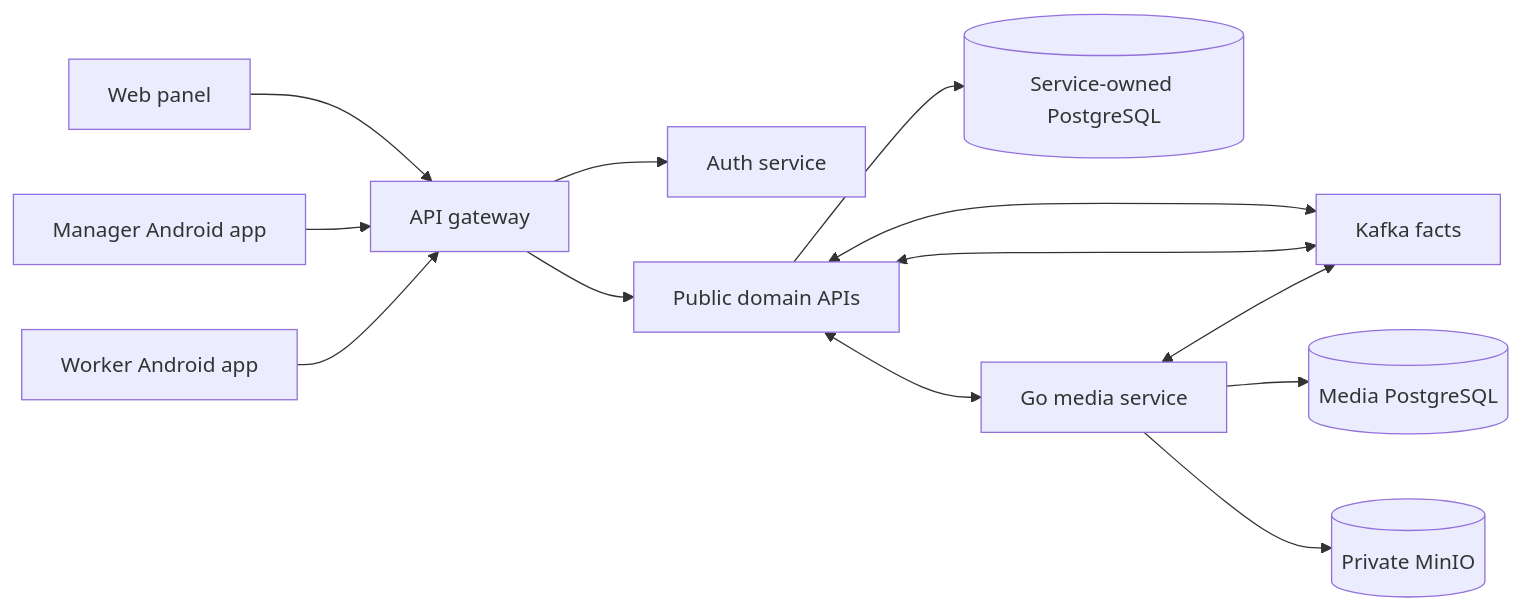
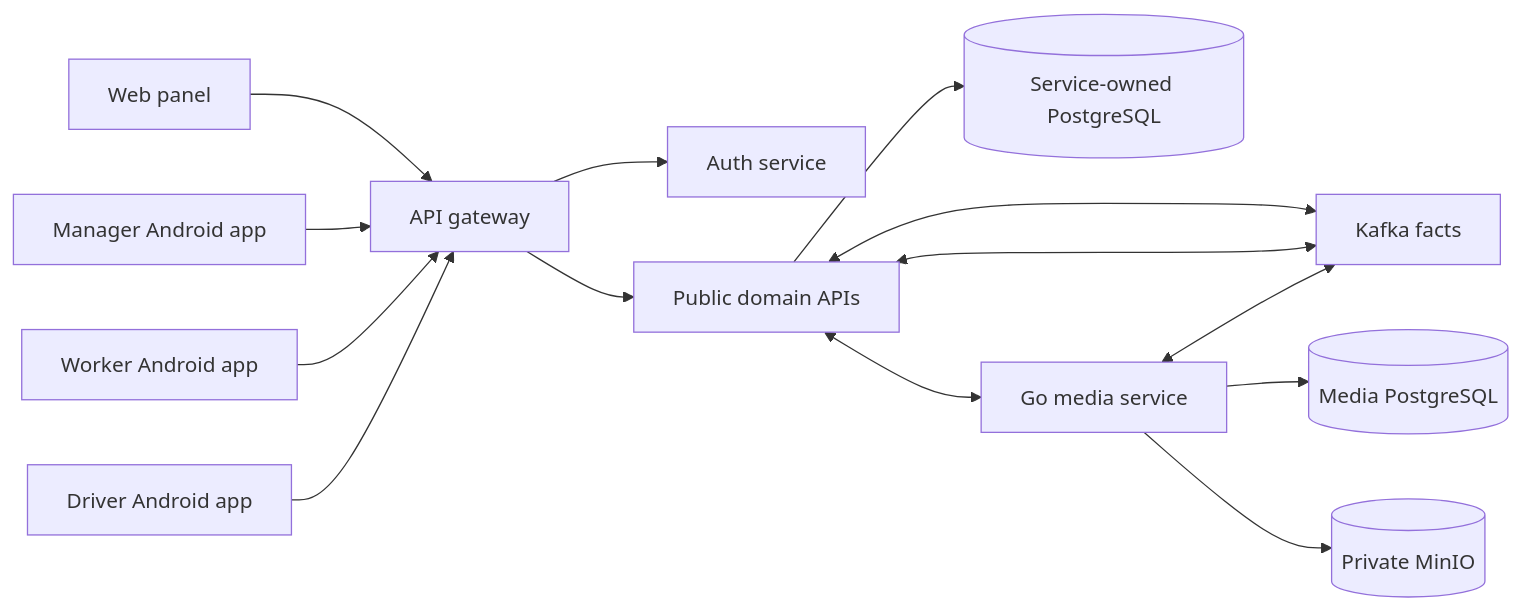
The diagram in docs/project-knowledge/architecture.md (Buhanzaz/rwms), drawn with Mermaid before and after one commit. The commit also changed other lines of this file and 263 other files, not shown here.

````diff
--- a/docs/project-knowledge/architecture.md
+++ b/docs/project-knowledge/architecture.md
@@ -17,15 +18,16 @@
 ```mermaid
 flowchart LR
     Panel[Web panel] --> Gateway[API gateway]
     Manager[Manager Android app] --> Gateway
     Worker[Worker Android app] --> Gateway
+    Driver[Driver Android app] --> Gateway
     Gateway --> Auth[Auth service]
     Gateway --> Domain[Public domain APIs]
     Domain --> ServiceDB[(Service-owned PostgreSQL)]
     Domain <--> Kafka[Kafka facts]
     Media[Go media service] --> MediaDB[(Media PostgreSQL)]
     Media --> MinIO[(Private MinIO)]
     Domain <--> Media
     Domain <--> Kafka
     Media <--> Kafka
 ```
````
